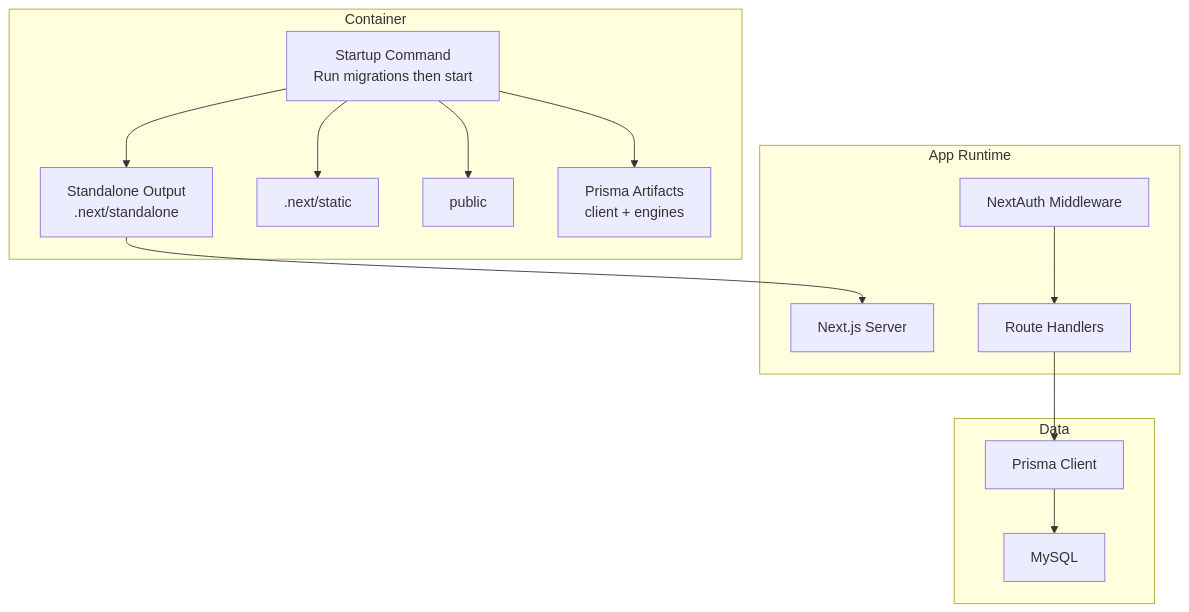
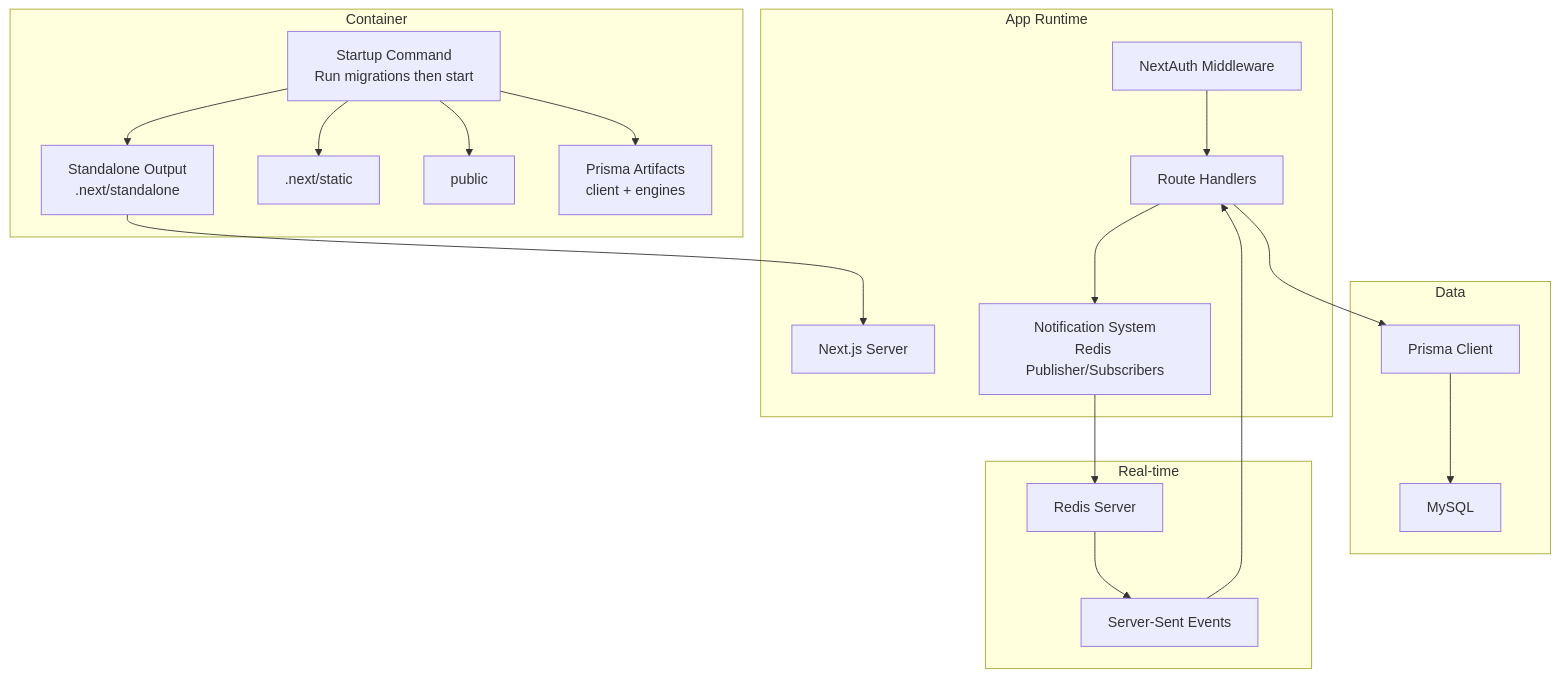
Before and after one commit to jrj444/git-daily: the second of 9 diagrams in .qoder/repowiki/en/content/Deployment and Operations/Deployment and Operations.md, drawn with Mermaid. The commit also changed other lines of this file and 6 other files, not shown here.

````diff
--- a/.qoder/repowiki/en/content/Deployment and Operations/Deployment and Operations.md
+++ b/.qoder/repowiki/en/content/Deployment and Operations/Deployment and Operations.md
@@ -101,27 +114,36 @@
 ```mermaid
 graph TB
 subgraph "Container"
 CMD["Startup Command<br/>Run migrations then start"]
 STANDALONE["Standalone Output<br/>.next/standalone"]
 STATIC[".next/static"]
 PUBLIC["public"]
 PRISMA_RUN["Prisma Artifacts<br/>client + engines"]
 end
 subgraph "App Runtime"
 NEXTJS["Next.js Server"]
 AUTH["NextAuth Middleware"]
 HANDLERS["Route Handlers"]
+NOTIFY["Notification System<br/>Redis Publisher/Subscribers"]
 end
 subgraph "Data"
 PRISMA["Prisma Client"]
 DB["MySQL"]
+end
+subgraph "Real-time"
+REDIS["Redis Server"]
+SSE["Server-Sent Events"]
 end
 CMD --> STANDALONE
 CMD --> STATIC
 CMD --> PUBLIC
 CMD --> PRISMA_RUN
 STANDALONE --> NEXTJS
 AUTH --> HANDLERS
 HANDLERS --> PRISMA
 PRISMA --> DB
+HANDLERS --> NOTIFY
+NOTIFY --> REDIS
+REDIS --> SSE
+SSE --> HANDLERS
 ```
````
